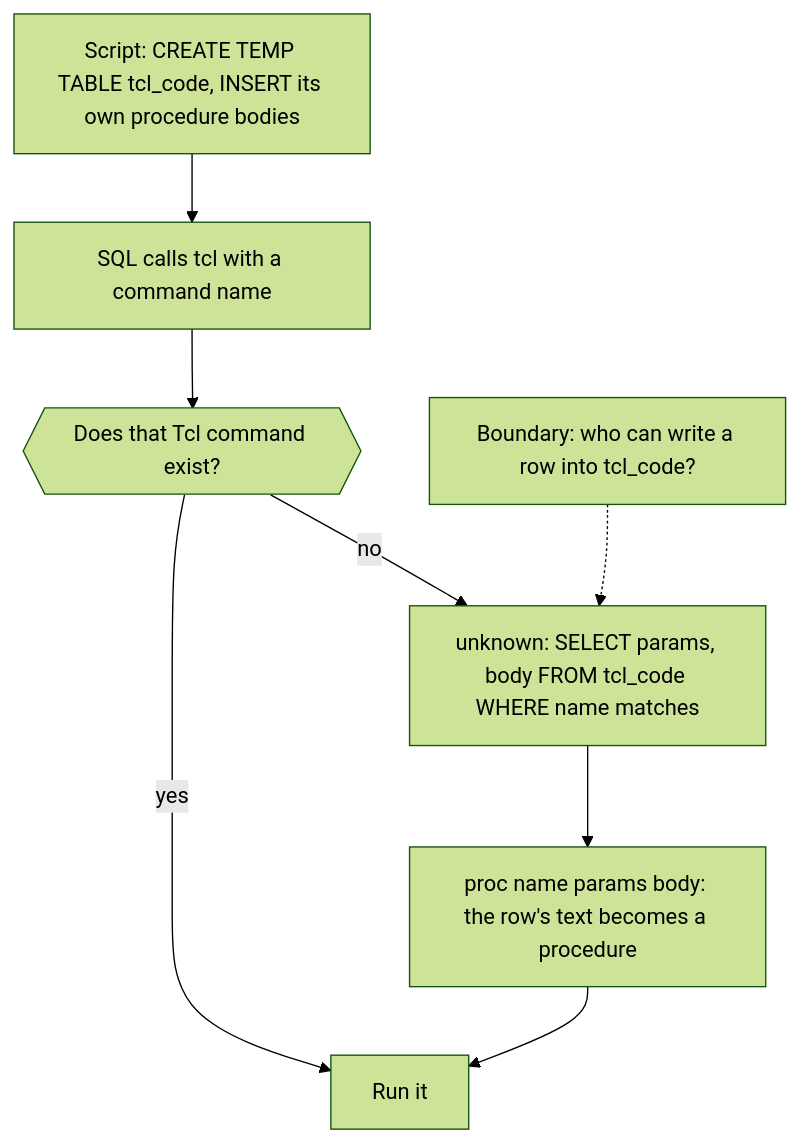
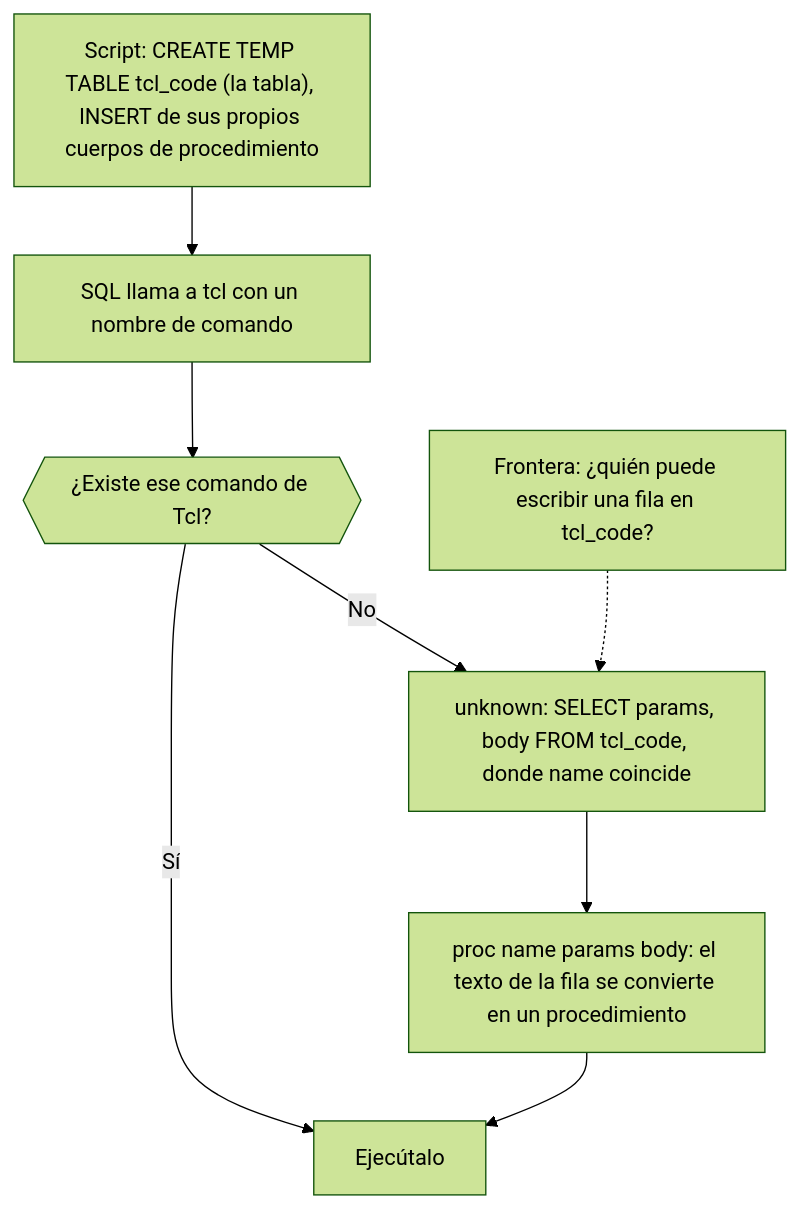
The third of 3 diagrams in lessons/guias-de-estudio/lenguajes/tcl.md (dullroar/aprende-a-programar-como-un-bicho-raro), drawn with Mermaid (forest theme) before and after one commit. The commit also changed other lines of this file and 8 other files, not shown here.

````diff
--- a/lessons/guias-de-estudio/lenguajes/tcl.md
+++ b/lessons/guias-de-estudio/lenguajes/tcl.md
@@ -102,12 +102,12 @@
 ```mermaid
 flowchart TD
-    accTitle: tcl-weird: the program text comes from a table that only the program writes
-    accDescr: A flowchart of the trust boundary. The Tcl script creates a TEMP table named tcl_code in memory and fills it with its own procedure bodies. When SQL calls the tcl function with a command name, Tcl runs that command. If the command does not exist, the unknown handler looks the name up in the tcl_code table, defines a procedure from the row, and runs it. A note says that anyone who could write a row into tcl_code could make unknown run their text as Tcl, so the boundary holds only because the table is private to this connection and built by the program itself.
-    A["Script: CREATE TEMP TABLE tcl_code, INSERT its own procedure bodies"] --> B["SQL calls tcl with a command name"]
-    B --> C{{"Does that Tcl command exist?"}}
-    C -->|yes| D["Run it"]
-    C -->|no| E["unknown: SELECT params, body FROM tcl_code WHERE name matches"]
-    E --> F["proc name params body: the row's text becomes a procedure"]
+    accTitle: tcl-weird: el texto del programa viene de una tabla en la que solo escribe el programa
+    accDescr: Un diagrama de flujo de la frontera de confianza. El script de Tcl crea en memoria una tabla TEMP llamada tcl_code y la llena con los cuerpos de sus propios procedimientos. Cuando SQL llama a la función tcl con el nombre de un comando, Tcl ejecuta ese comando. Si el comando no existe, el manejador unknown busca el nombre en la tabla tcl_code, define un procedimiento a partir de la fila y lo ejecuta. Una nota dice que quien pudiera escribir una fila en tcl_code podría hacer que unknown ejecute su texto como Tcl. La frontera se sostiene solo porque la tabla es privada de esta conexión y la construye el propio programa.
+    A["Script: CREATE TEMP TABLE tcl_code (la tabla), INSERT de sus propios cuerpos de procedimiento"] --> B["SQL llama a tcl con un nombre de comando"]
+    B --> C{{"¿Existe ese comando de Tcl?"}}
+    C -->|Sí| D["Ejecútalo"]
+    C -->|No| E["unknown: SELECT params, body FROM tcl_code, donde name coincide"]
+    E --> F["proc name params body: el texto de la fila se convierte en un procedimiento"]
     F --> D
-    G["Boundary: who can write a row into tcl_code?"] -.-> E
+    G["Frontera: ¿quién puede escribir una fila en tcl_code?"] -.-> E
 ```
````
